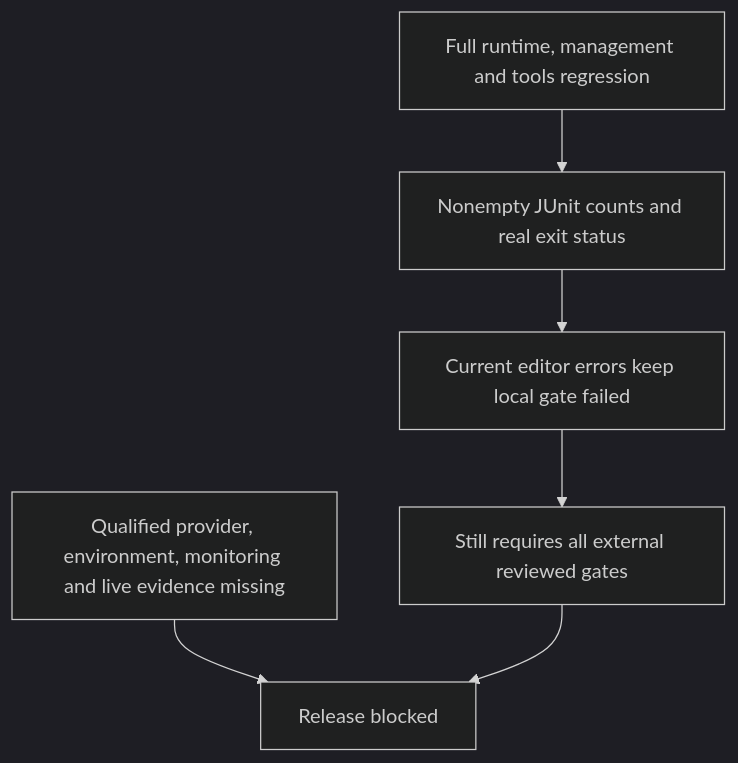
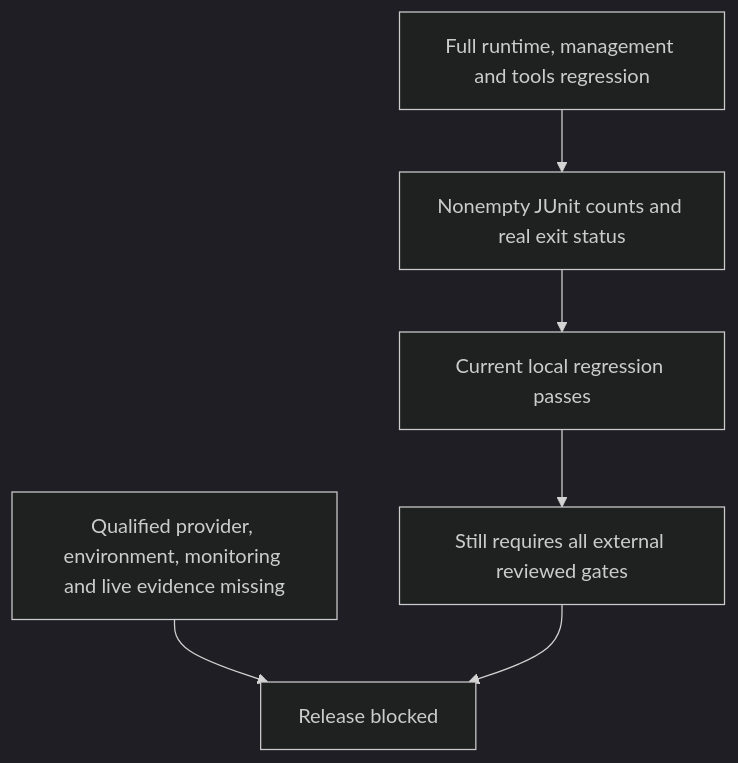
Before and after one commit to marvinbuss/caller-ai: the diagram in code/docs/acceptance/release-gates.md, drawn with Mermaid (dark theme). The commit also changed other lines of this file and 8 other files, not shown here.

````diff
--- a/code/docs/acceptance/release-gates.md
+++ b/code/docs/acceptance/release-gates.md
@@ -25,8 +24,8 @@
 ```mermaid
 flowchart TD
     Local[Full runtime, management and tools regression] --> Counts[Nonempty JUnit counts and real exit status]
-    Counts --> Failed[Current editor errors keep local gate failed]
+    Counts --> Passed[Current local regression passes]
     External[Qualified provider, environment, monitoring and live evidence missing] --> Blocked[Release blocked]
-    Failed --> Review[Still requires all external reviewed gates]
+    Passed --> Review[Still requires all external reviewed gates]
     Review --> Blocked
 ```
````
